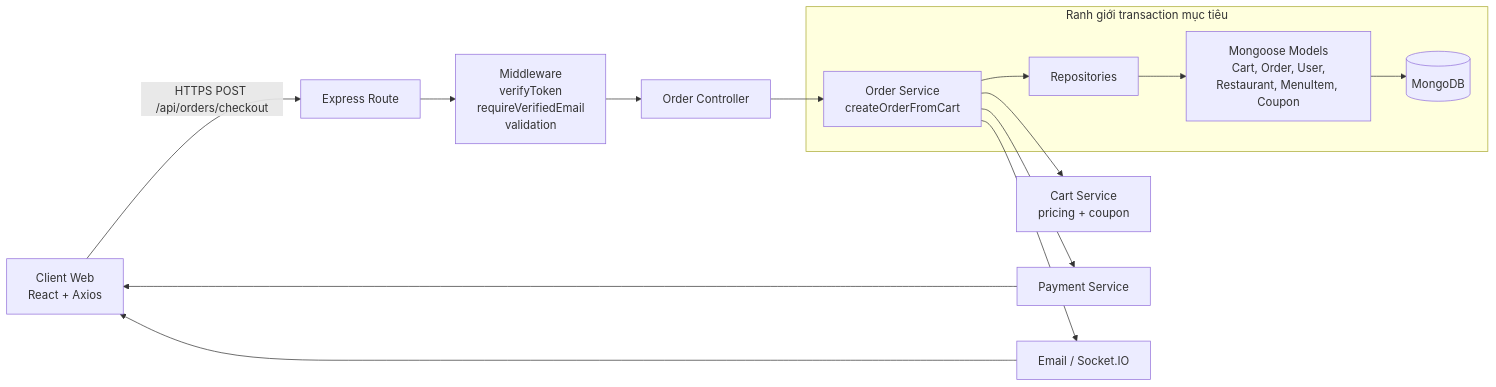
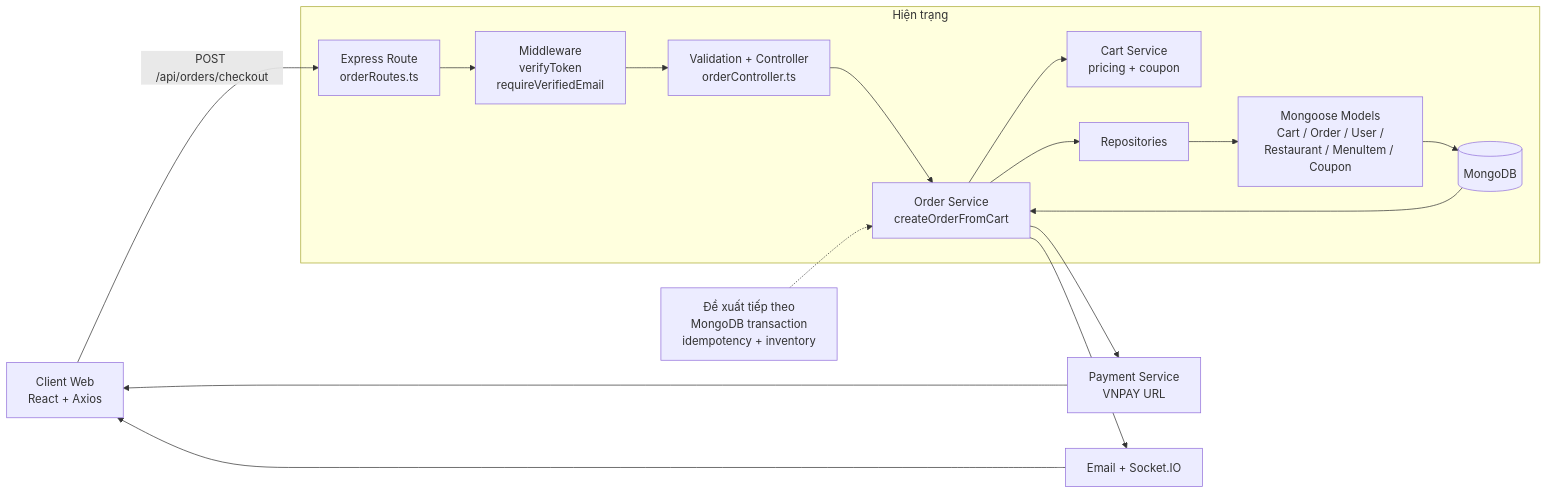
One commit to czx04/fsa-fe-food-ordering changed the diagram in report/diagrams/hinh-3-1-kien-truc-phan-tang-cart-order.mmd. Above: the diagram before and after it, drawn with Mermaid. The commit also changed 22 other files, not shown here.

```diff
--- a/report/diagrams/hinh-3-1-kien-truc-phan-tang-cart-order.mmd
+++ b/report/diagrams/hinh-3-1-kien-truc-phan-tang-cart-order.mmd
@@ -1,19 +1,27 @@
 flowchart LR
-    C["Client Web<br/>React + Axios"] -->|HTTPS POST /api/orders/checkout| G["Express Route"]
-    G --> M["Middleware<br/>verifyToken<br/>requireVerifiedEmail<br/>validation"]
-    M --> CTRL["Order Controller"]
-    CTRL --> SVC["Order Service<br/>createOrderFromCart"]
-    SVC --> CARTS["Cart Service<br/>pricing + coupon"]
-    SVC --> REP["Repositories"]
-    REP --> MODELS["Mongoose Models<br/>Cart, Order, User,<br/>Restaurant, MenuItem, Coupon"]
-    MODELS --> DB[("MongoDB")]
-    SVC --> PAY["Payment Service"]
-    SVC --> MSG["Email / Socket.IO"]
+    C["Client Web<br/>React + Axios"] -->|"POST /api/orders/checkout"| R["Express Route<br/>orderRoutes.ts"]
+    R --> M["Middleware<br/>verifyToken<br/>requireVerifiedEmail"]
+    M --> V["Validation + Controller<br/>orderController.ts"]
+    V --> S["Order Service<br/>createOrderFromCart"]
+    S --> CS["Cart Service<br/>pricing + coupon"]
+    S --> REP["Repositories"]
+    REP --> MOD["Mongoose Models<br/>Cart / Order / User /<br/>Restaurant / MenuItem / Coupon"]
+    MOD --> DB[("MongoDB")]
+    S --> PAY["Payment Service<br/>VNPAY URL"]
+    S --> SIDE["Email + Socket.IO"]
     PAY --> C
-    MSG --> C
-    subgraph TargetTransaction["Ranh giới transaction mục tiêu"]
-        SVC
+    SIDE --> C
+    DB --> S
+
+    subgraph Current["Hiện trạng"]
+        R
+        M
+        V
+        S
+        CS
         REP
-        MODELS
+        MOD
         DB
     end
+
+    TARGET["Đề xuất tiếp theo<br/>MongoDB transaction<br/>idempotency + inventory"] -.-> S
```
